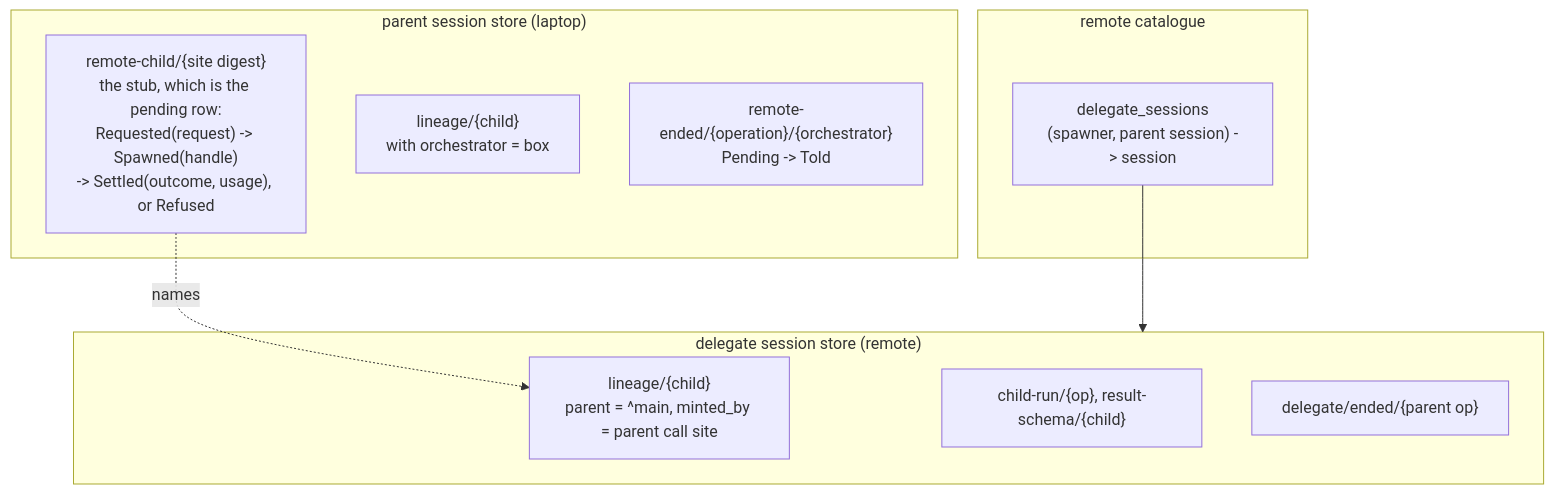
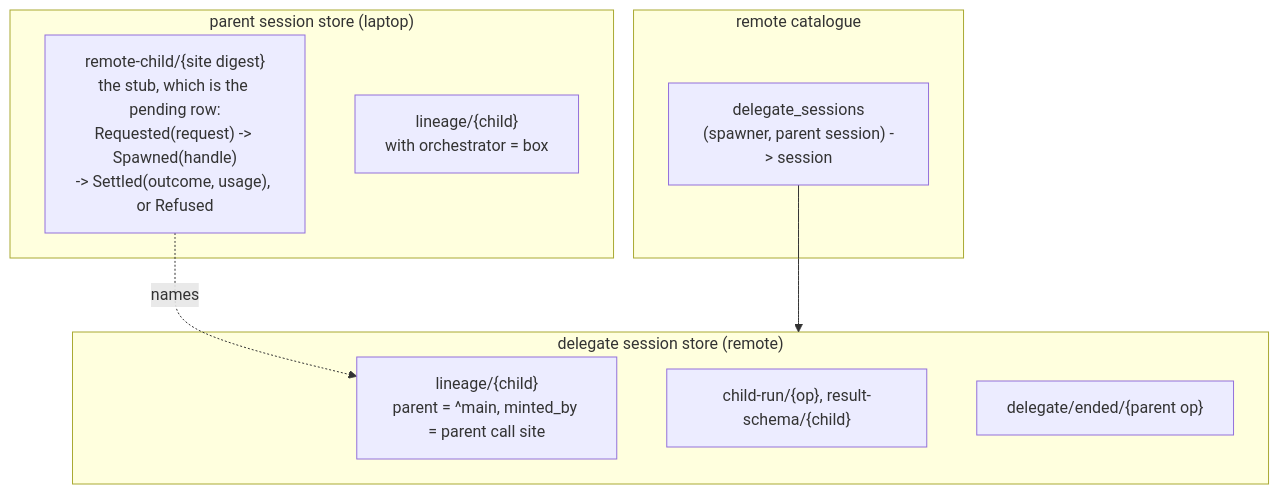
One commit to Roasbeef/loom changed the third of 5 diagrams in docs/design-notes/remote-subagents.md. Above: the diagram before and after it, drawn with Mermaid. The commit also changed other lines of this file and 6 other files, not shown here.

````diff
--- a/docs/design-notes/remote-subagents.md
+++ b/docs/design-notes/remote-subagents.md
@@ -477,18 +497,17 @@
 ```mermaid
 flowchart TB
     subgraph parent["parent session store (laptop)"]
         s["remote-child/{site digest}<br/>the stub, which is the pending row:<br/>Requested(request) -> Spawned(handle)<br/>-> Settled(outcome, usage), or Refused"]
         lc["lineage/{child}<br/>with orchestrator = box"]
-        o["remote-ended/{operation}/{orchestrator}<br/>Pending -> Told"]
     end
     subgraph cat["remote catalogue"]
         ds["delegate_sessions<br/>(spawner, parent session) -> session"]
     end
     subgraph dsess["delegate session store (remote)"]
         rl["lineage/{child}<br/>parent = ^main, minted_by = parent call site"]
         cr["child-run/{op}, result-schema/{child}"]
         f["delegate/ended/{parent op}"]
     end
     s -. "names" .-> rl
     ds --> dsess
 ```
````
